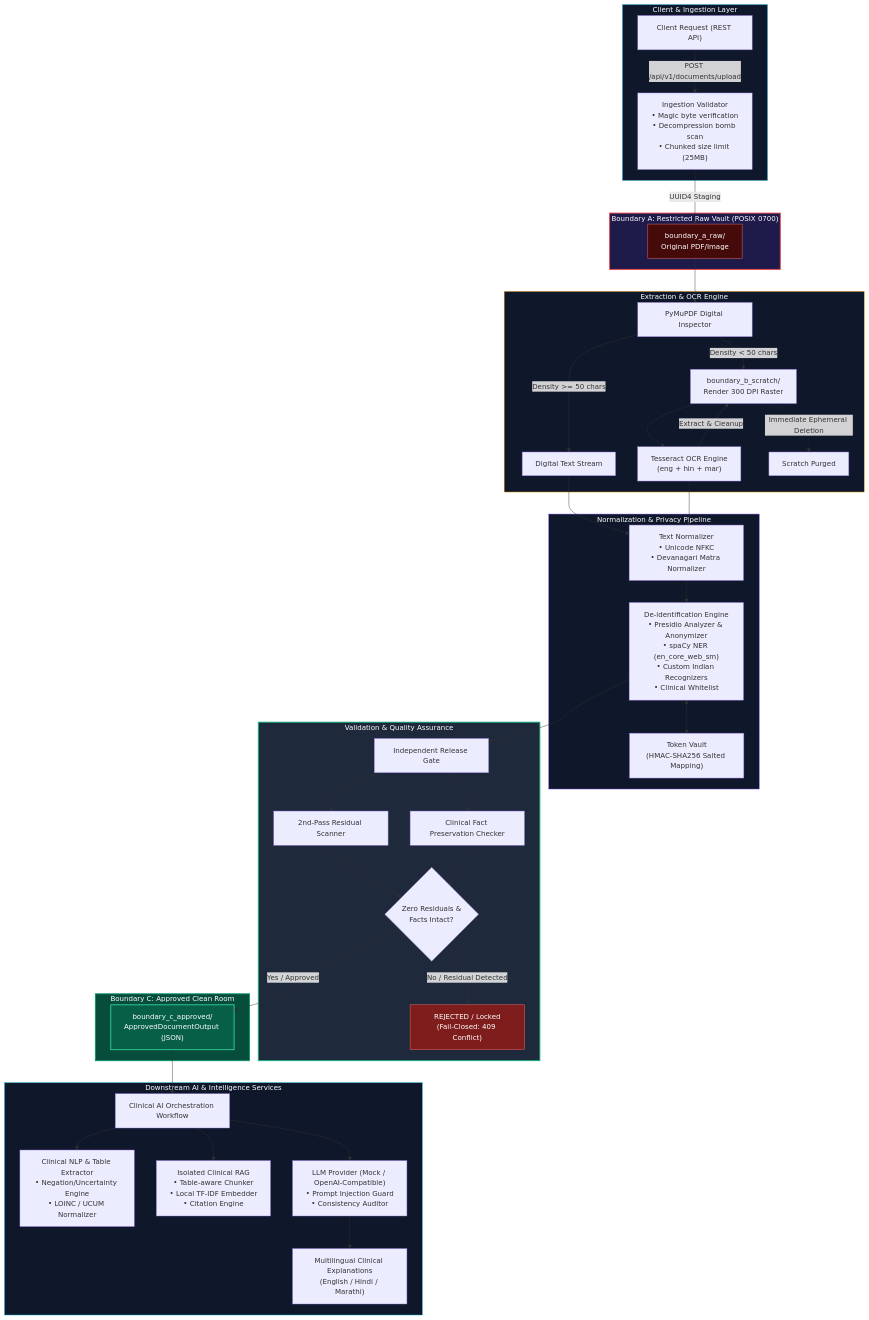
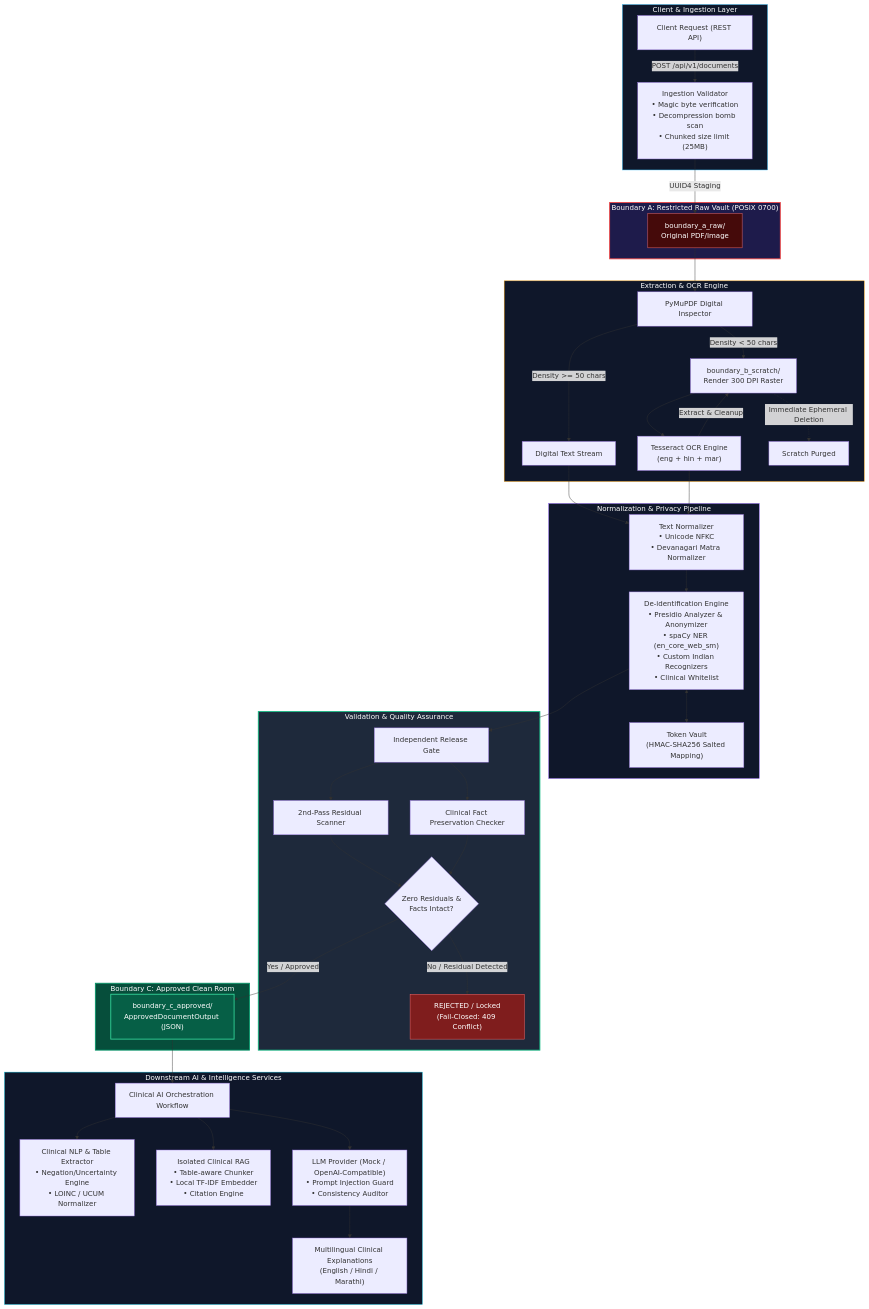
The diagram in README.md (AbhijeetArunGore/Clinivara), drawn with Mermaid before and after one commit. The commit also changed other lines of this file and 7 other files, not shown here.

````diff
--- a/README.md
+++ b/README.md
@@ -95,58 +95,58 @@
 ```mermaid
 flowchart TD
     subgraph ClientLayer ["Client & Ingestion Layer"]
-        User["Client Request (REST API)"] -->|POST /api/v1/documents/upload| IngestionValidator["Ingestion Validator<br/>• Magic byte verification<br/>• Decompression bomb scan<br/>• Chunked size limit (25MB)"]
+        User["Client Request (REST API)"] -->|POST /api/v1/documents| IngestionValidator["Ingestion Validator<br/>• Magic byte verification<br/>• Decompression bomb scan<br/>• Chunked size limit (25MB)"]
     end
 
     subgraph BoundaryA ["Boundary A: Restricted Raw Vault (POSIX 0700)"]
         IngestionValidator -->|UUID4 Staging| RawVault["boundary_a_raw/<br/>Original PDF/Image"]
     end
 
     subgraph ExtractionStage ["Extraction & OCR Engine"]
         RawVault --> PyMuPDF["PyMuPDF Digital Inspector"]
         PyMuPDF -->|Density >= 50 chars| DirectText["Digital Text Stream"]
         PyMuPDF -->|Density < 50 chars| ScratchVault["boundary_b_scratch/<br/>Render 300 DPI Raster"]
         ScratchVault --> Tesseract["Tesseract OCR Engine<br/>(eng + hin + mar)"]
         Tesseract -->|Extract & Cleanup| ScratchVault
         ScratchVault -.->|Immediate Ephemeral Deletion| CleanScratch["Scratch Purged"]
     end
 
     subgraph NormalizationAndDeid ["Normalization & Privacy Pipeline"]
         DirectText --> Normalizer["Text Normalizer<br/>• Unicode NFKC<br/>• Devanagari Matra Normalizer"]
         Tesseract --> Normalizer
         Normalizer --> DeidEngine["De-identification Engine<br/>• Presidio Analyzer & Anonymizer<br/>• spaCy NER (en_core_web_sm)<br/>• Custom Indian Recognizers<br/>• Clinical Whitelist"]
         DeidEngine <--> TokenVault["Token Vault<br/>(HMAC-SHA256 Salted Mapping)"]
     end
 
     subgraph VerificationGate ["Validation & Quality Assurance"]
         DeidEngine --> ReleaseGate["Independent Release Gate"]
         ReleaseGate --> ResidualScan["2nd-Pass Residual Scanner"]
         ReleaseGate --> UtilityCheck["Clinical Fact Preservation Checker"]
         ResidualScan --> GateDecision{"Zero Residuals &<br/>Facts Intact?"}
         UtilityCheck --> GateDecision
         GateDecision -->|No / Residual Detected| Rejected["REJECTED / Locked<br/>(Fail-Closed: 409 Conflict)"]
     end
 
     subgraph BoundaryC ["Boundary C: Approved Clean Room"]
         GateDecision -->|Yes / Approved| ApprovedVault["boundary_c_approved/<br/>ApprovedDocumentOutput (JSON)"]
     end
 
     subgraph DownstreamAI ["Downstream AI & Intelligence Services"]
         ApprovedVault --> AIWorkflow["Clinical AI Orchestration Workflow"]
         AIWorkflow --> ClinicalNLP["Clinical NLP & Table Extractor<br/>• Negation/Uncertainty Engine<br/>• LOINC / UCUM Normalizer"]
         AIWorkflow --> RAGSubsystem["Isolated Clinical RAG<br/>• Table-aware Chunker<br/>• Local TF-IDF Embedder<br/>• Citation Engine"]
         AIWorkflow --> LLMProviders["LLM Provider (Mock / OpenAI-Compatible)<br/>• Prompt Injection Guard<br/>• Consistency Auditor"]
         LLMProviders --> MultilingualOut["Multilingual Clinical Explanations<br/>(English / Hindi / Marathi)"]
     end
 
     style ClientLayer fill:#0f172a,stroke:#38bdf8,stroke-width:1px,color:#ffffff
     style BoundaryA fill:#1e1b4b,stroke:#ef4444,stroke-width:2px,color:#ffffff
     style ExtractionStage fill:#0f172a,stroke:#f59e0b,stroke-width:1px,color:#ffffff
     style NormalizationAndDeid fill:#0f172a,stroke:#8b5cf6,stroke-width:1px,color:#ffffff
     style VerificationGate fill:#1e293b,stroke:#10b981,stroke-width:2px,color:#ffffff
     style BoundaryC fill:#064e3b,stroke:#059669,stroke-width:2px,color:#ffffff
     style DownstreamAI fill:#0f172a,stroke:#06b6d4,stroke-width:1px,color:#ffffff
     style Rejected fill:#7f1d1d,stroke:#f87171,stroke-width:1px,color:#ffffff
     style ApprovedVault fill:#065f46,stroke:#34d399,stroke-width:2px,color:#ffffff
     style RawVault fill:#450a0a,stroke:#f87171,stroke-width:1px,color:#ffffff
 ```
````
